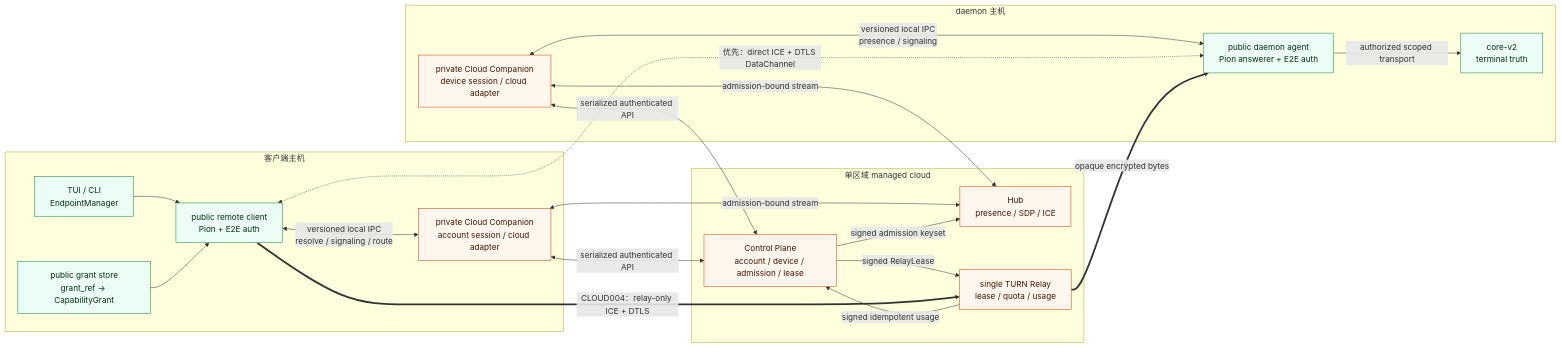
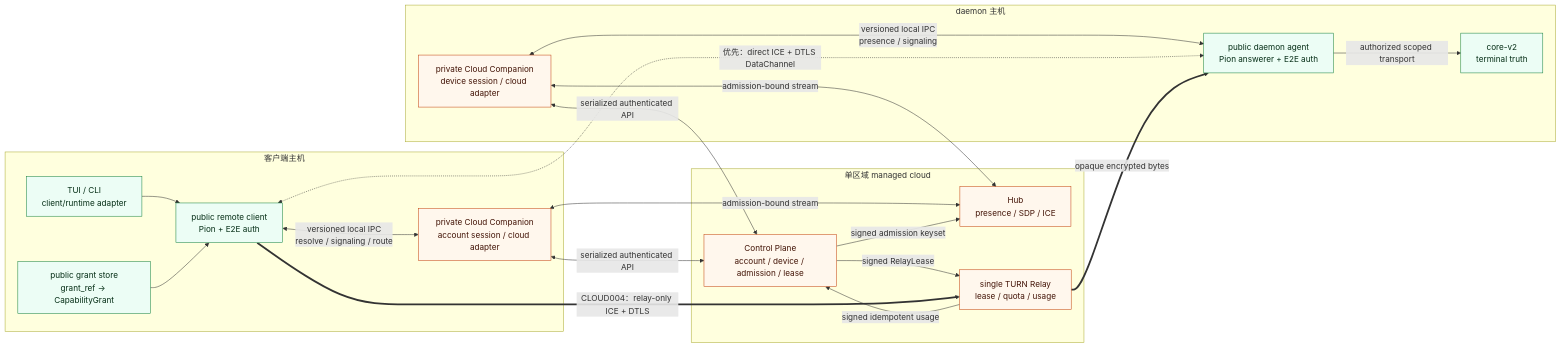
One commit to lozzo/termx changed the first of 2 diagrams in docs/remote-platform/cloud-staging-roadmap.md. Above: the diagram before and after it, drawn with Mermaid. The commit also changed 21 other files, not shown here.

````diff
--- a/docs/remote-platform/cloud-staging-roadmap.md
+++ b/docs/remote-platform/cloud-staging-roadmap.md
@@ -52,42 +52,42 @@
 ```mermaid
 flowchart LR
     subgraph ClientHost["客户端主机"]
-        TUI["TUI / CLI<br/>EndpointManager"]
+        TUI["TUI / CLI<br/>client/runtime adapter"]
         RC["public remote client<br/>Pion + E2E auth"]
         CC["private Cloud Companion<br/>account session / cloud adapter"]
         GS["public grant store<br/>grant_ref -> CapabilityGrant"]
         TUI --> RC
         GS --> RC
         RC <-->|"versioned local IPC<br/>resolve / signaling / route"| CC
     end
 
     subgraph SingleRegion["单区域 managed cloud"]
         CP["Control Plane<br/>account / device / admission / lease"]
         HUB["Hub<br/>presence / SDP / ICE"]
         RELAY["single TURN Relay<br/>lease / quota / usage"]
         CC <-->|"serialized authenticated API"| CP
         CC <-->|"admission-bound stream"| HUB
         CP -->|"signed admission keyset"| HUB
         CP -->|"signed RelayLease"| RELAY
     end
 
     subgraph DaemonHost["daemon 主机"]
         DC["private Cloud Companion<br/>device session / cloud adapter"]
         DA["public daemon agent<br/>Pion answerer + E2E auth"]
         CORE["core-v2<br/>terminal truth"]
         DC <-->|"versioned local IPC<br/>presence / signaling"| DA
         DA -->|"authorized scoped transport"| CORE
         DC <-->|"serialized authenticated API"| CP
         DC <-->|"admission-bound stream"| HUB
     end
 
     RC <-.->|"优先：direct ICE + DTLS DataChannel"| DA
     RC ==>|"CLOUD004：relay-only ICE + DTLS"| RELAY
     RELAY ==>|"opaque encrypted bytes"| DA
     RELAY -->|"signed idempotent usage"| CP
 
     classDef publicNode fill:#ecfdf5,stroke:#15803d,color:#052e16;
     classDef privateNode fill:#fff7ed,stroke:#c2410c,color:#431407;
     class TUI,RC,GS,DA,CORE publicNode;
     class CC,DC,CP,HUB,RELAY privateNode;
 ```
````
